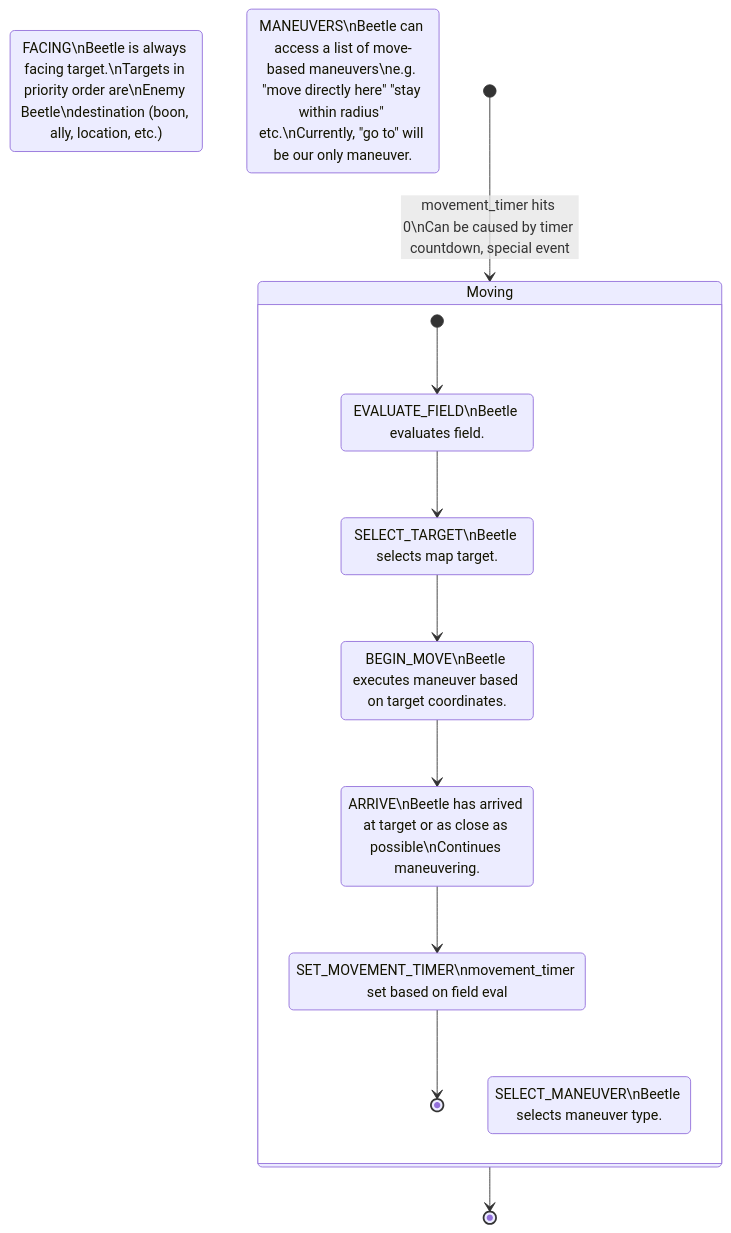
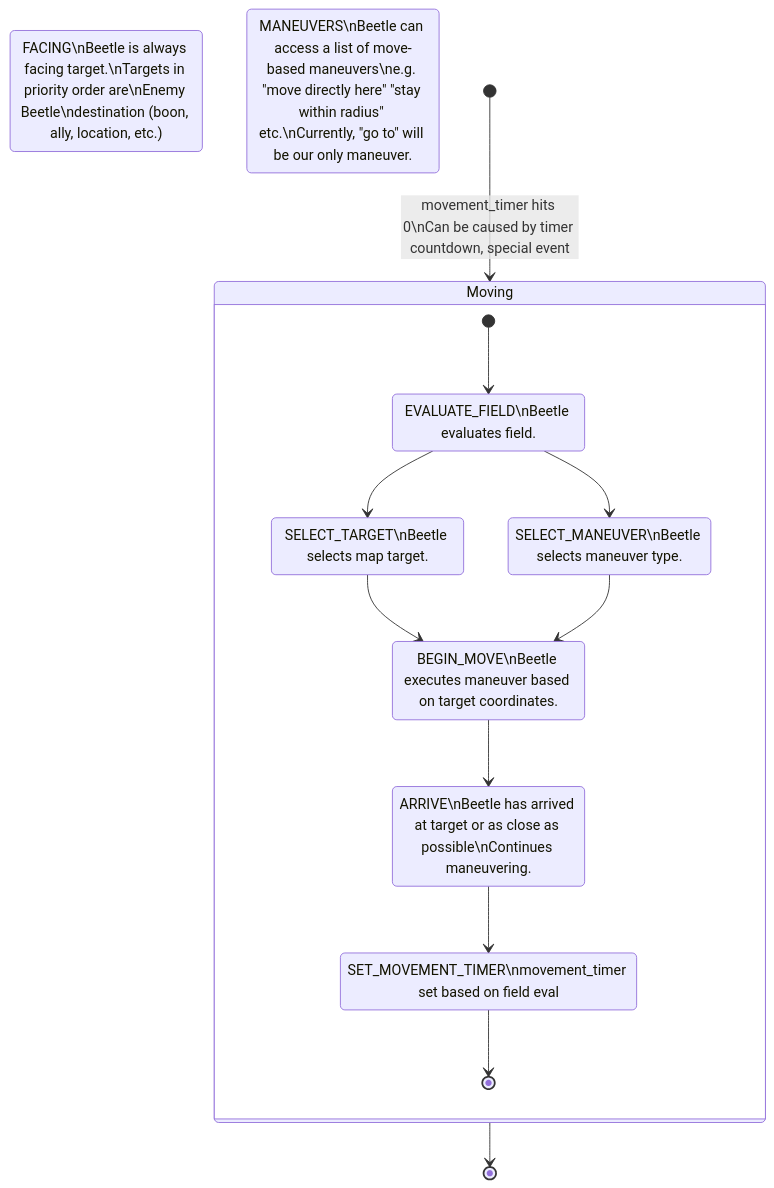
Before and after one commit to C-Shart/Beetlebergs: the second of 2 diagrams in Notes/BeetlebergsDesign.md, drawn with Mermaid.

````diff
--- a/Notes/BeetlebergsDesign.md
+++ b/Notes/BeetlebergsDesign.md
@@ -259,23 +259,25 @@
 ```mermaid
 stateDiagram-v2
 FACING : FACING\nBeetle is always facing target.\nTargets in priority order are\nEnemy Beetle\ndestination (boon, ally, location, etc.)
 MANEUVERS : MANEUVERS\nBeetle can access a list of move-based maneuvers\ne.g. "move directly here" "stay within radius" etc.\nCurrently, "go to" will be our only maneuver.
 
 [*] --> Moving: movement_timer hits 0\nCan be caused by timer countdown, special event
     state Moving {
         EVALUATE_FIELD : EVALUATE_FIELD\nBeetle evaluates field.
         SELECT_TARGET : SELECT_TARGET\nBeetle selects map target.
         SELECT_MANEUVER : SELECT_MANEUVER\nBeetle selects maneuver type.
         BEGIN_MOVE : BEGIN_MOVE\nBeetle executes maneuver based on target coordinates.
         ARRIVE : ARRIVE\nBeetle has arrived at target or as close as possible\nContinues maneuvering.
         SET_MOVEMENT_TIMER : SET_MOVEMENT_TIMER\nmovement_timer set based on field eval
         
         [*] --> EVALUATE_FIELD
         EVALUATE_FIELD --> SELECT_TARGET
+        EVALUATE_FIELD --> SELECT_MANEUVER
         SELECT_TARGET --> BEGIN_MOVE
+        SELECT_MANEUVER --> BEGIN_MOVE
         BEGIN_MOVE --> ARRIVE
         ARRIVE --> SET_MOVEMENT_TIMER
         SET_MOVEMENT_TIMER --> [*]
         }
 Moving --> [*]
 ```
````
